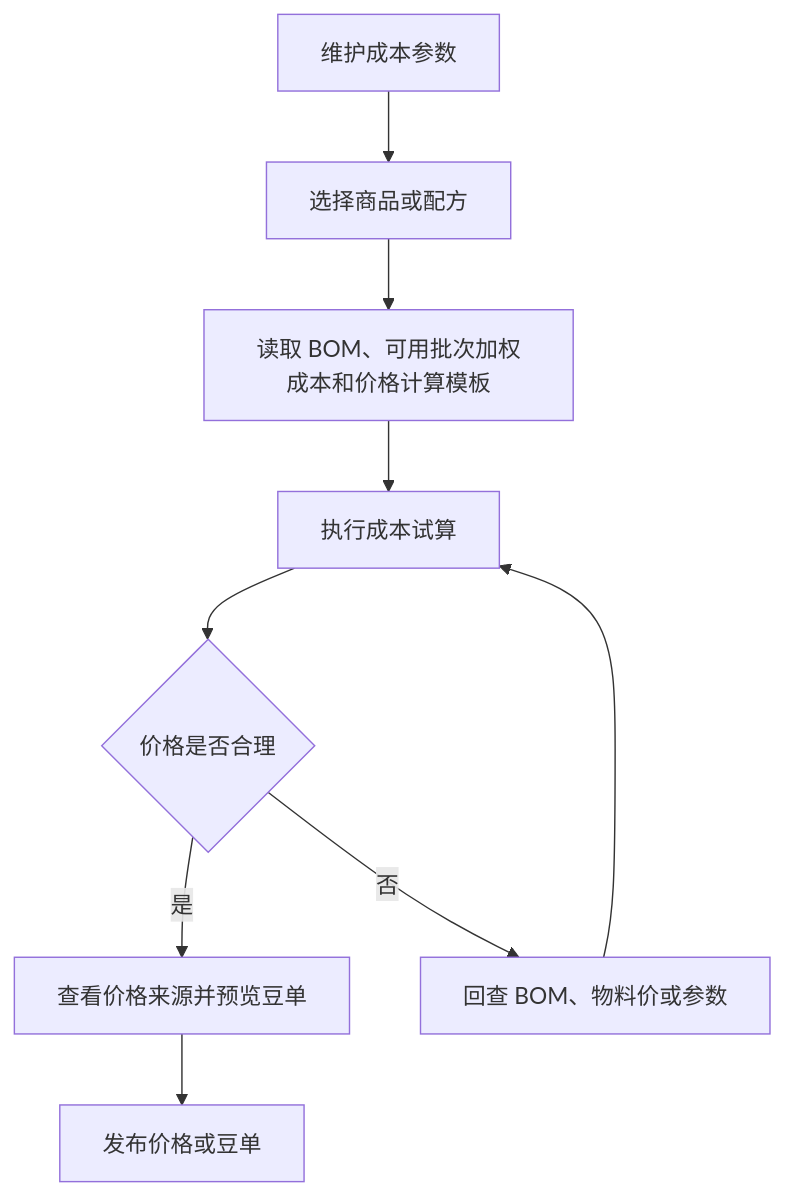
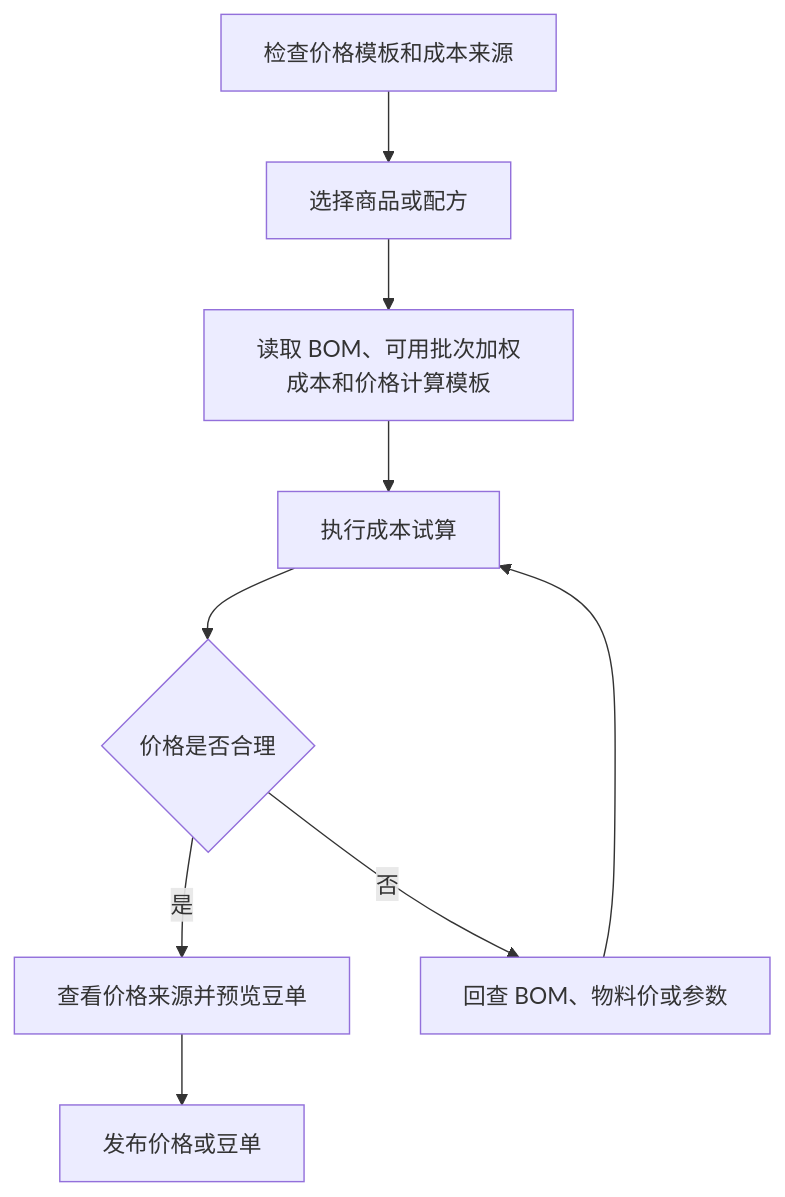
One commit to Backstage2539/KFerp changed the diagram in orderapp-remote/docs/OP_MANUAL_COSTING.md. Above: the diagram before and after it, drawn with Mermaid. The commit also changed other lines of this file and 26 other files, not shown here.

````diff
--- a/orderapp-remote/docs/OP_MANUAL_COSTING.md
+++ b/orderapp-remote/docs/OP_MANUAL_COSTING.md
@@ -25,11 +24,11 @@
 ```mermaid
 flowchart TD
-  A["维护成本参数"] --> B["选择商品或配方"]
+  A["检查价格模板和成本来源"] --> B["选择商品或配方"]
   B --> C["读取 BOM、可用批次加权成本和价格计算模板"]
   C --> D["执行成本试算"]
   D --> E{"价格是否合理"}
   E -->|是| F["查看价格来源并预览豆单"]
   F --> H["发布价格或豆单"]
   E -->|否| G["回查 BOM、物料价或参数"]
   G --> D
 ```
````
